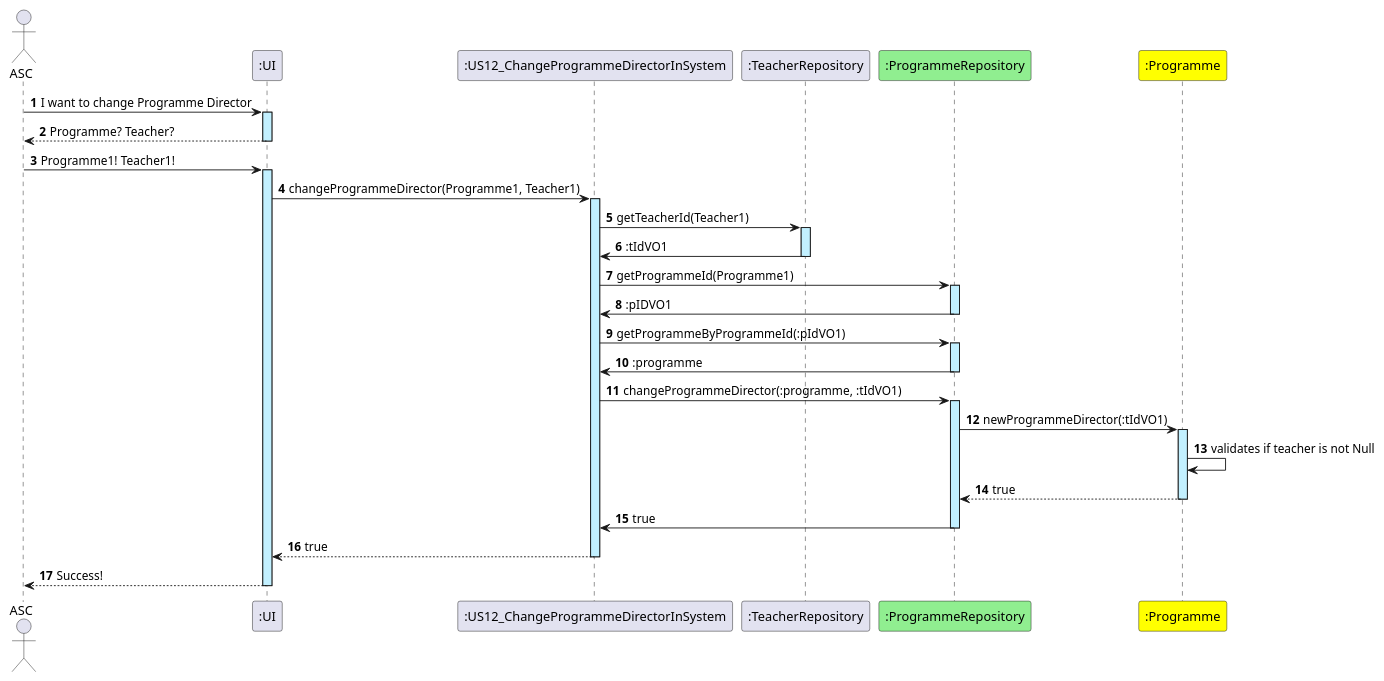
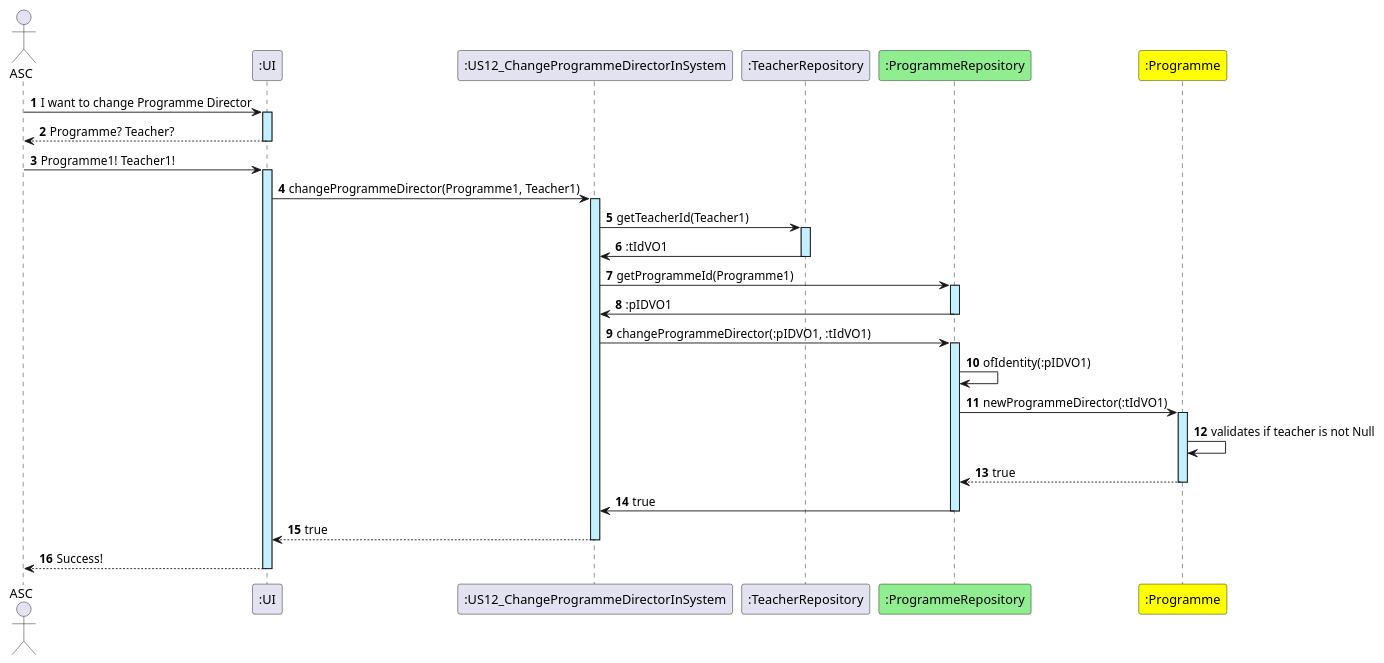
One commit to GasparISEP/DevOps-PAI changed the diagram in docs/US12/US12_ChangeProgrammeDirectorInSystem.puml. Above: the diagram before and after it, drawn with PlantUML.

Commit message:
Updated US12_SD. Related to #56

```diff
--- a/docs/US12/US12_ChangeProgrammeDirectorInSystem.puml
+++ b/docs/US12/US12_ChangeProgrammeDirectorInSystem.puml
@@ -1,49 +1,48 @@
 @startuml
 actor ASC
 participant ":UI" as UI
 participant ":US12_ChangeProgrammeDirectorInSystem" as US12
 participant ":TeacherRepository" as TR
 participant ":ProgrammeRepository" as PL #lightgreen
 participant ":Programme" as PG #yellow
 autonumber
 
 ASC -> UI : I want to change Programme Director
 activate UI #application
 UI --> ASC : Programme? Teacher?
 deactivate UI
 
 ASC -> UI : Programme1! Teacher1!
 activate UI #application
 UI -> US12 : changeProgrammeDirector(Programme1, Teacher1)
 activate US12 #application
 
 US12 -> TR : getTeacherId(Teacher1)
 activate TR #application
 TR -> US12 : :tIdVO1
 deactivate TR
 US12 -> PL : getProgrammeId(Programme1)
 activate PL #application
 PL -> US12 : :pIDVO1
 deactivate PL
 
-US12 -> PL : getProgrammeByProgrammeId(:pIdVO1)
+US12 -> PL :changeProgrammeDirector(:pIDVO1, :tIdVO1)
 activate PL #application
-PL -> US12 : :programme
-deactivate PL
-US12 -> PL :changeProgrammeDirector(:programme, :tIdVO1)
-activate PL #application
+
+PL -> PL : ofIdentity(:pIDVO1)
+
 
 PL -> PG : newProgrammeDirector(:tIdVO1)
 activate PG #application
 PG -> PG : validates if teacher is not Null
 
 PG --> PL : true
 deactivate PG
 PL->US12 : true
 deactivate PL
 US12 --> UI : true
 deactivate US12
 
 UI --> ASC : Success!
 deactivate UI
 @enduml
```
